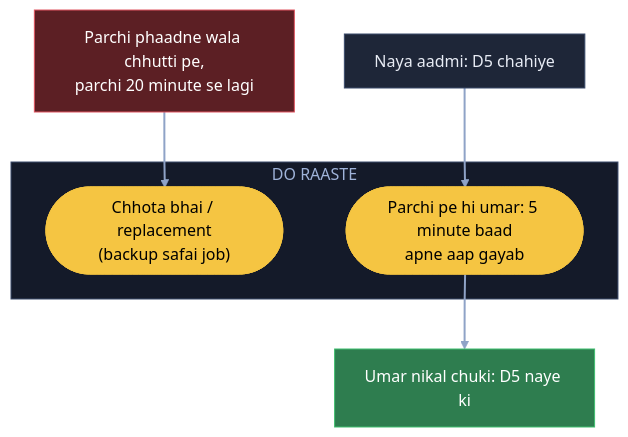
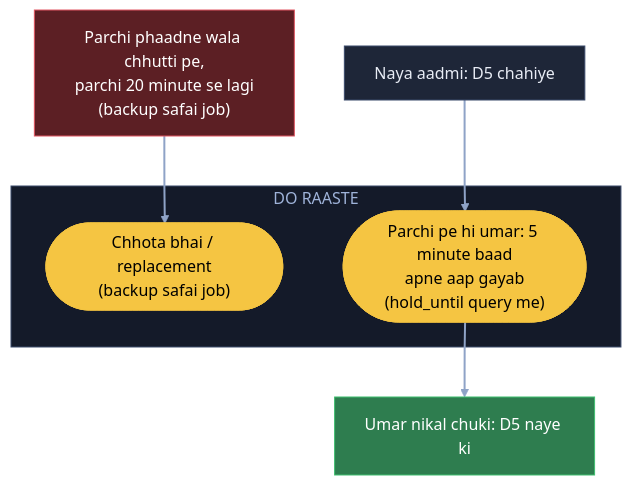
Before and after one commit to ArpanMaheshwari144/Prep: the third of 12 diagrams in 04_HLD/SYSTEM_DESIGNS/09_bookmyshow/09_bookmyshow.md, drawn with Mermaid. The commit also changed other lines of this file and 22 other files, not shown here.

Commit message:
Diagram: sirf kahani ke dohraaye shabd pe bracket, us jagah notes wala matlab (207 label)

````diff
--- a/04_HLD/SYSTEM_DESIGNS/09_bookmyshow/09_bookmyshow.md
+++ b/04_HLD/SYSTEM_DESIGNS/09_bookmyshow/09_bookmyshow.md
@@ -164,19 +164,19 @@
 ```mermaid
 flowchart TB
-    X["Parchi phaadne wala chhutti pe,<br/>parchi 20 minute se lagi"]:::bad
+    X["Parchi phaadne wala chhutti pe,<br/>parchi 20 minute se lagi<br/>(backup safai job)"]:::bad
     N["Naya aadmi: D5 chahiye"]:::card
     subgraph DR["DO RAASTE"]
         B(["Chhota bhai / replacement<br/>(backup safai job)"]):::pill
-        U(["Parchi pe hi umar: 5 minute baad<br/>apne aap gayab"]):::pill
+        U(["Parchi pe hi umar: 5 minute baad<br/>apne aap gayab<br/>(hold_until query me)"]):::pill
     end
     OK["Umar nikal chuki: D5 naye ki"]:::good
     X --> B
     N --> U
     U --> OK
     linkStyle default stroke:#8fa3c7,stroke-width:2px
     classDef card fill:#1e2638,stroke:#3a4a6b,color:#e8ecf5
     classDef pill fill:#f5c542,stroke:#f5c542,color:#000
     classDef good fill:#2e7d4f,stroke:#3fbf6f,color:#fff
     classDef bad fill:#5c1f24,stroke:#e05561,color:#fff
     style DR fill:#141a29,stroke:#3a4a6b,color:#9fb3d9
 ```
````
